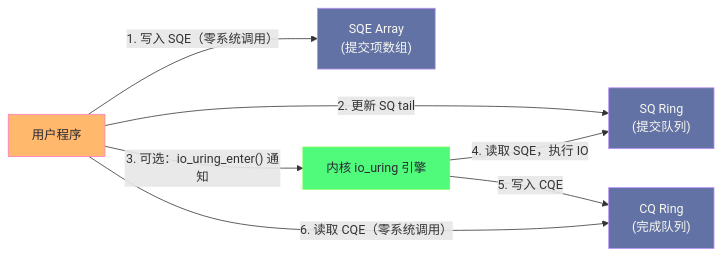
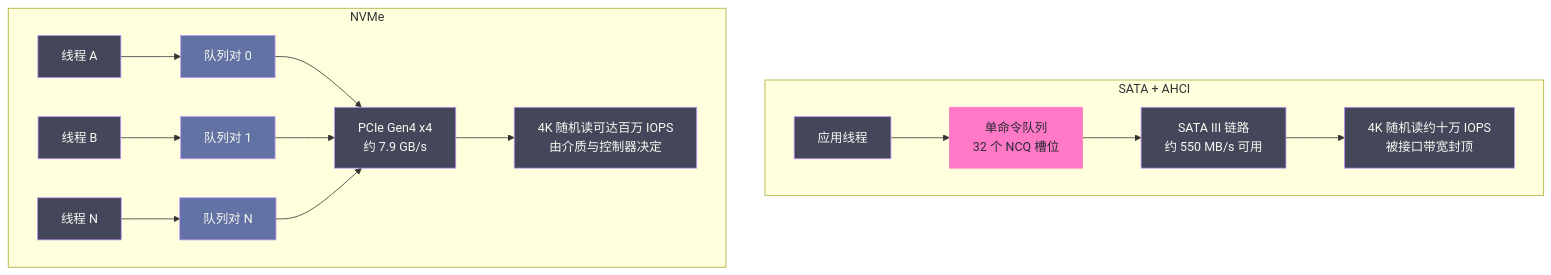
One commit to hpliStartAgain/my-brain changed the second of 5 diagrams in content/Linux/文件系统/10 现代存储技术——NVMe、io_uring 与用户态存储.md. Above: the diagram before and after it, drawn with Mermaid. The commit also changed other lines of this file and 455 other files, not shown here.

````diff
--- a/content/Linux/文件系统/10 现代存储技术——NVMe、io_uring 与用户态存储.md
+++ b/content/Linux/文件系统/10 现代存储技术——NVMe、io_uring 与用户态存储.md
@@ -161,20 +103,21 @@
 ```mermaid
 %%{init: {'theme': 'dracula'}}%%
-graph LR
-    classDef user fill:#ffb86c,stroke:#ff79c6,color:#282a36
-    classDef shared fill:#6272a4,stroke:#bd93f9,color:#f8f8f2
-    classDef kernel fill:#50fa7b,stroke:#69ff47,color:#282a36
-
-    APP["用户程序"]:::user
-    SQ["SQ Ring</br>(提交队列)"]:::shared
-    CQ["CQ Ring</br>(完成队列)"]:::shared
-    SQE["SQE Array</br>(提交项数组)"]:::shared
-    KERNEL["内核 io_uring 引擎"]:::kernel
-
-    APP -->|"1. 写入 SQE（零系统调用）"| SQE
-    APP -->|"2. 更新 SQ tail"| SQ
-    APP -->|"3. 可选：io_uring_enter() 通知"| KERNEL
-    KERNEL -->|"4. 读取 SQE，执行 IO"| SQ
-    KERNEL -->|"5. 写入 CQE"| CQ
-    APP -->|"6. 读取 CQE（零系统调用）"| CQ
+flowchart TB
+    subgraph SATA["SATA + AHCI"]
+        A1["应用线程"]:::plain --> A2["单命令队列<br/>32 个 NCQ 槽位"]:::hot
+        A2 --> A3["SATA III 链路<br/>约 550 MB/s 可用"]:::plain
+        A3 --> A4["4K 随机读约十万 IOPS<br/>被接口带宽封顶"]:::plain
+    end
+    subgraph NVME["NVMe"]
+        B1["线程 A"]:::plain --> B2["队列对 0"]:::mem
+        B3["线程 B"]:::plain --> B4["队列对 1"]:::mem
+        B5["线程 N"]:::plain --> B6["队列对 N"]:::mem
+        B2 --> B7["PCIe Gen4 x4<br/>约 7.9 GB/s"]:::plain
+        B4 --> B7
+        B6 --> B7
+        B7 --> B8["4K 随机读可达百万 IOPS<br/>由介质与控制器决定"]:::plain
+    end
+    classDef plain fill:#44475a,stroke:#bd93f9,color:#f8f8f2
+    classDef hot fill:#ff79c6,stroke:#ff79c6,color:#282a36
+    classDef mem fill:#6272a4,stroke:#bd93f9,color:#f8f8f2
 ```
````
